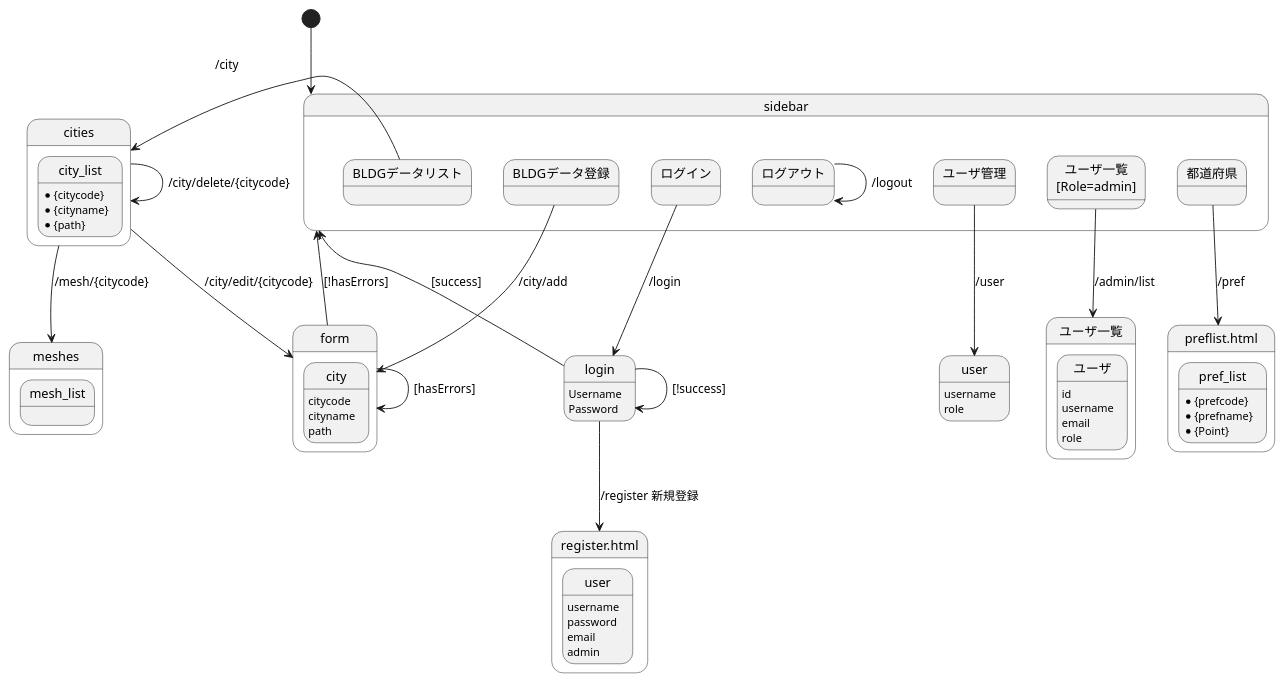
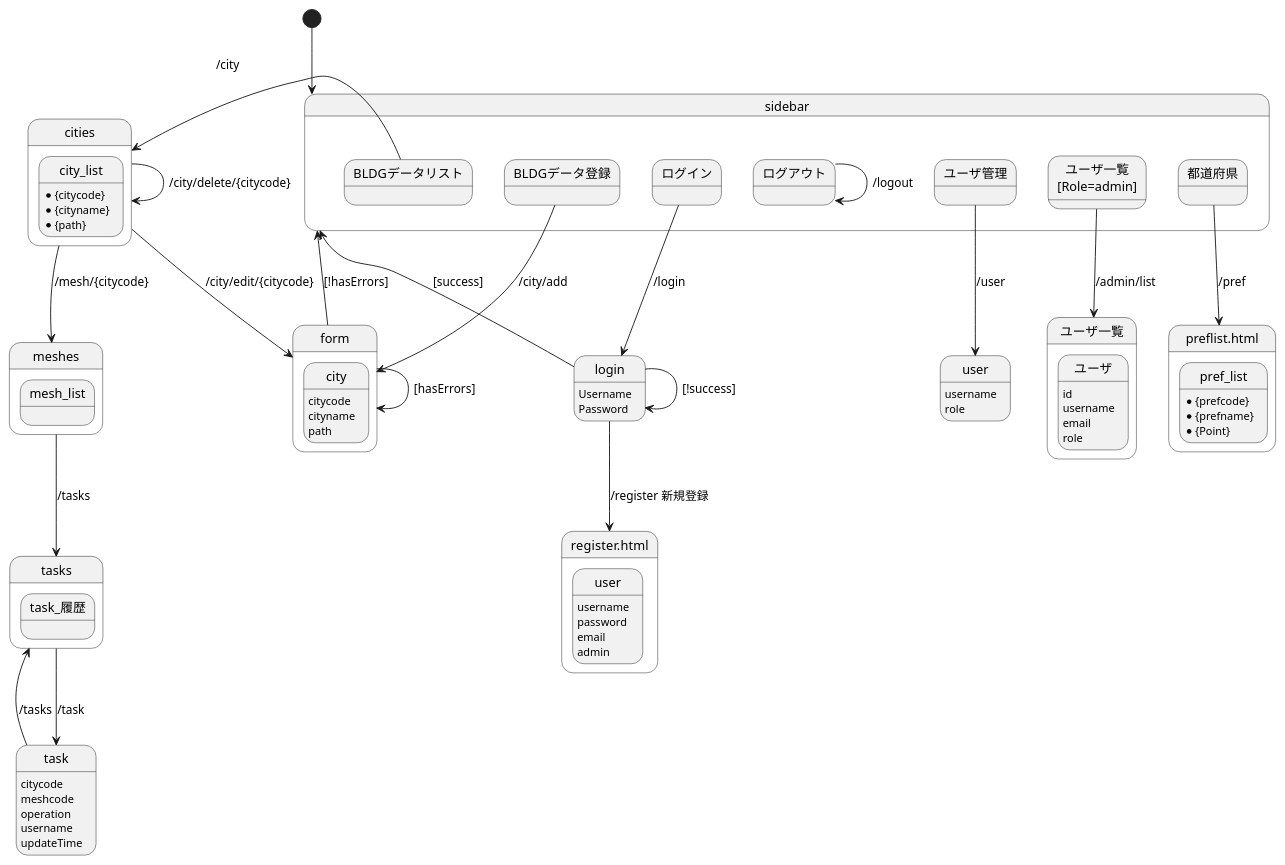
The diagram in controller.pu (yuuhayashi/task-bldg), drawn with PlantUML before and after one commit. The commit also changed 24 other files, not shown here.

```diff
--- a/controller.pu
+++ b/controller.pu
@@ -1,88 +1,104 @@
 @startuml
 
 [*] --> sidebar
 
 state sidebar {
 	state "ユーザ管理" as users
 	state "ユーザ一覧\n[Role=admin]" as list_
 	state "ログイン" as login_
 	state "ログアウト" as logout
 	state "BLDGデータリスト" as indeies
 	state "BLDGデータ登録" as add
 	state "都道府県" as pref
 	logout --> logout : /logout
 }
 indeies --> cities : /city
 
 state "login" as login {
 	login : Username
 	login : Password
 }
 
 state "register.html" as register {
 	state "user" as register_user {
 		register_user : username
 		register_user : password
 		register_user : email
 		register_user : admin
 	}
 }
 
 login_ --> login : /login
 login --> login : [!success]
 sidebar <-- login : [success]
 login --> register : /register 新規登録
 
 state user {
 	user : username
 	user : role
 }
 users --> user : /user
 
 state "ユーザ一覧" as list {
 	state ユーザ {
 		ユーザ : id
 		ユーザ : username
 		ユーザ : email
 		ユーザ : role
 	}
 }
 list_ --> list : /admin/list
 
 state cities {
 	state city_list {
 		city_list : *{citycode}
 		city_list : *{cityname}
 		city_list : *{path}
 	}
 }
 cities --> cities : /city/delete/{citycode}
 cities --> form : /city/edit/{citycode}
 cities --> meshes : /mesh/{citycode}
 
 state meshes {
 	state mesh_list
 }
 
+state tasks {
+	state task_履歴
+}
+
+state task {
+	task : citycode
+	task : meshcode
+	task : operation
+	task : username
+	task : updateTime
+}
+
+meshes --> tasks : /tasks
+tasks --> task : /task
+tasks <-- task : /tasks
+
 state form {
 	state city {
 		city : citycode
 		city : cityname
 		city : path
 	}
 }
 
 state "preflist.html" as preflist {
 	state pref_list {
 		pref_list : *{prefcode}
 		pref_list : *{prefname}
 		pref_list : *{Point}
 	}
 }
 pref --> preflist : /pref
 
 add --> form : /city/add
 form --> sidebar : [!hasErrors]
 form --> form : [hasErrors]
 
 @enduml
```
